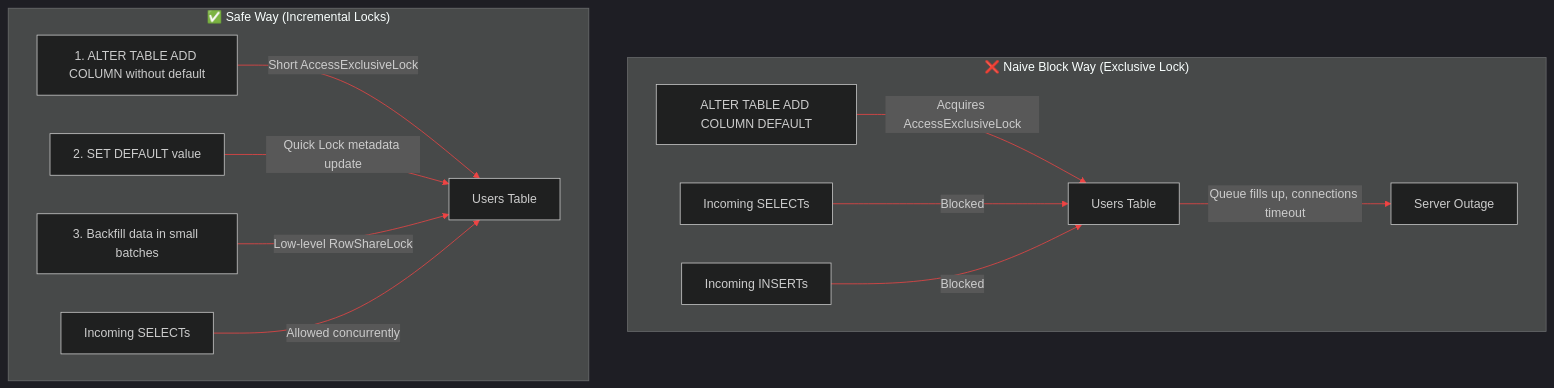
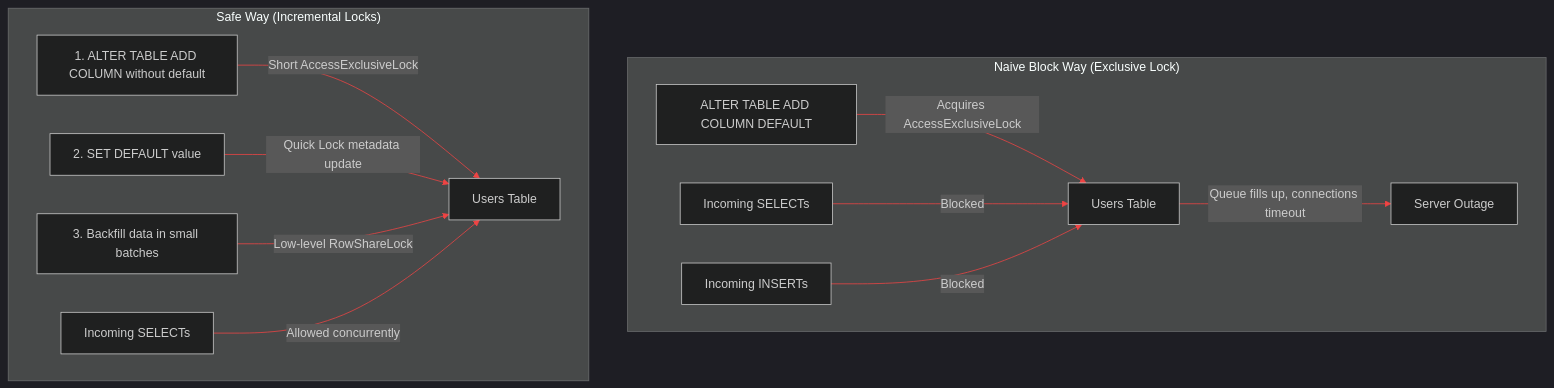
Before and after one commit to akmalkhaniub/akmalkhaniub.github.io: the diagram in blog/posts/zero-downtime-postgres-migrations.md, drawn with Mermaid. The commit also changed 411 other files, not shown here.

````diff
--- a/blog/posts/zero-downtime-postgres-migrations.md
+++ b/blog/posts/zero-downtime-postgres-migrations.md
@@ -13,17 +13,17 @@
 ```mermaid
 %%{init: {'theme': 'dark', 'themeVariables': { 'primaryColor': '#ef4444', 'primaryTextColor': '#f3f4f6', 'primaryBorderColor': '#f87171', 'lineColor': '#ef4444', 'secondaryColor': '#111827', 'tertiaryColor': '#0b0f19'}}}%%
 flowchart TD
-    subgraph SG1_NaiveBlockWay ["❌ Naive Block Way (Exclusive Lock)"]
+    subgraph SG1_NaiveBlockWay [" Naive Block Way (Exclusive Lock)"]
         Migration[ALTER TABLE ADD COLUMN DEFAULT] -->|Acquires AccessExclusiveLock| Table[Users Table]
         Reads[Incoming SELECTs] -->|Blocked| Table
         Writes[Incoming INSERTs] -->|Blocked| Table
         Table -->|Queue fills up, connections timeout| Crash[Server Outage]
     end
 
-    subgraph SG2_SafeWayIncremental ["✅ Safe Way (Incremental Locks)"]
+    subgraph SG2_SafeWayIncremental [" Safe Way (Incremental Locks)"]
         Step1[1. ALTER TABLE ADD COLUMN without default] -->|Short AccessExclusiveLock| Table2[Users Table]
         Step2[2. SET DEFAULT value] -->|Quick Lock metadata update| Table2
         Step3[3. Backfill data in small batches] -->|Low-level RowShareLock| Table2
         Reads2[Incoming SELECTs] -->|Allowed concurrently| Table2
     end
 ```
````
